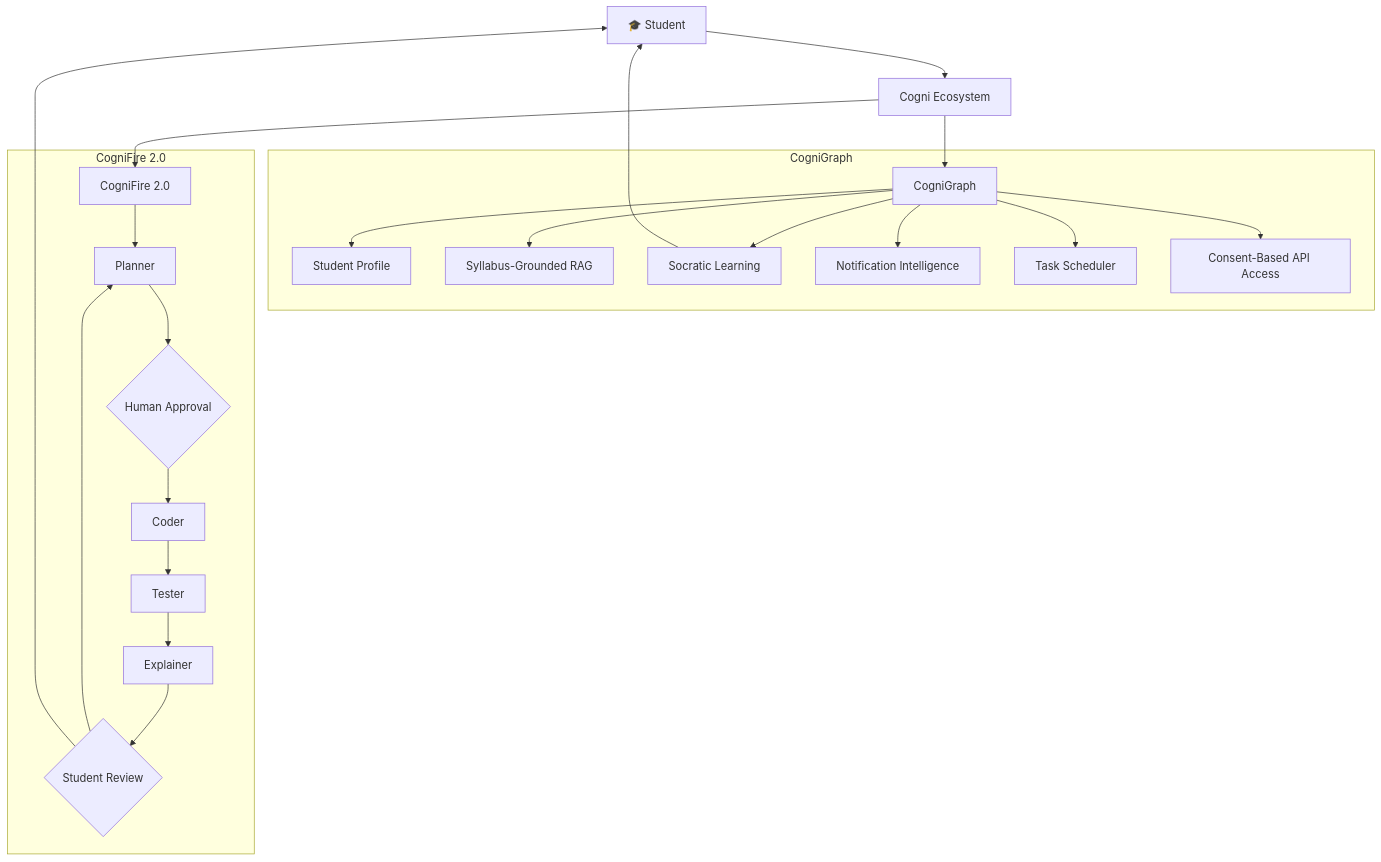
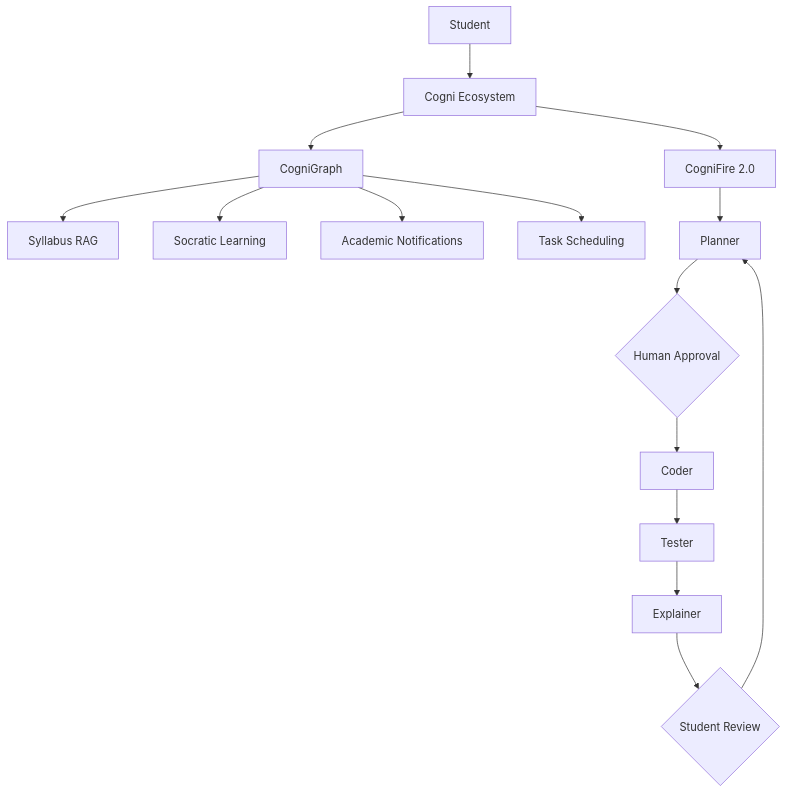
The diagram in README.md (DHANU-MASTER/cogni-ecosystem), drawn with Mermaid before and after one commit. The commit also changed other lines of this file, not shown here.

Commit message:
docs: refine Cogni vision and OpenAI development case

````diff
--- a/README.md
+++ b/README.md
@@ -198,29 +137,20 @@
 ```mermaid
-flowchart TB
-    U["🎓 Student"] --> C["Cogni Ecosystem"]
+flowchart TD
+    S["Student"] --> C["Cogni Ecosystem"]
 
     C --> G["CogniGraph"]
     C --> F["CogniFire 2.0"]
 
-    subgraph CG["CogniGraph"]
-        G --> P["Student Profile"]
-        G --> R["Syllabus-Grounded RAG"]
-        G --> S["Socratic Learning"]
-        G --> N["Notification Intelligence"]
-        G --> T["Task Scheduler"]
-        G --> A["Consent-Based API Access"]
-    end
+    G --> R["Syllabus RAG"]
+    G --> Q["Socratic Learning"]
+    G --> N["Academic Notifications"]
+    G --> T["Task Scheduling"]
 
-    subgraph CF["CogniFire 2.0"]
-        F --> PL["Planner"]
-        PL --> H1{"Human Approval"}
-        H1 --> CO["Coder"]
-        CO --> TE["Tester"]
-        TE --> EX["Explainer"]
-        EX --> H2{"Student Review"}
-        H2 --> PL
-    end
-
-    S --> U
-    H2 --> U
+    F --> P["Planner"]
+    P --> A{"Human Approval"}
+    A --> D["Coder"]
+    D --> V["Tester"]
+    V --> E["Explainer"]
+    E --> H{"Student Review"}
+    H --> P
 ```
````
